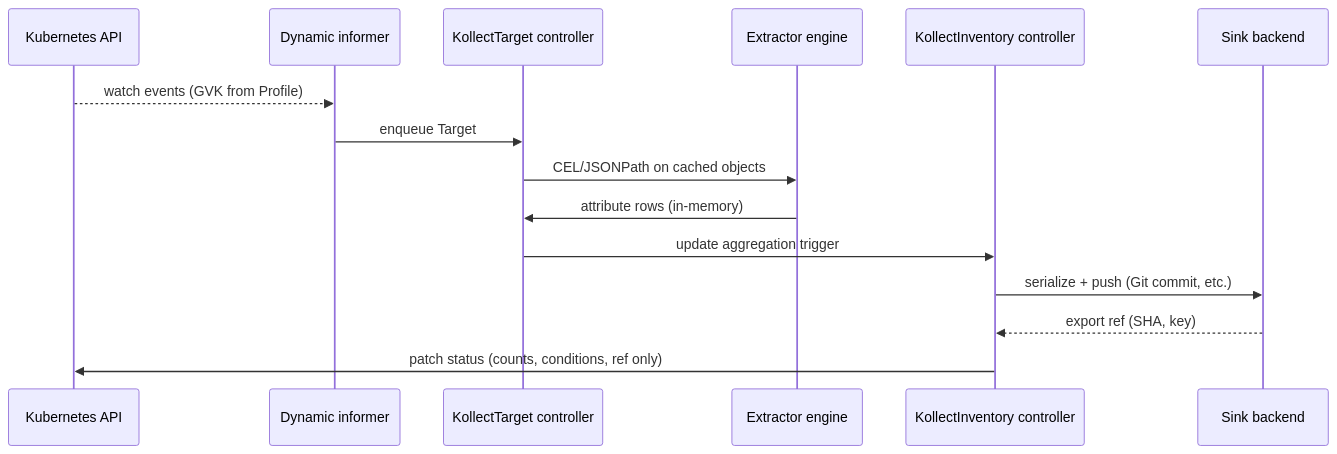
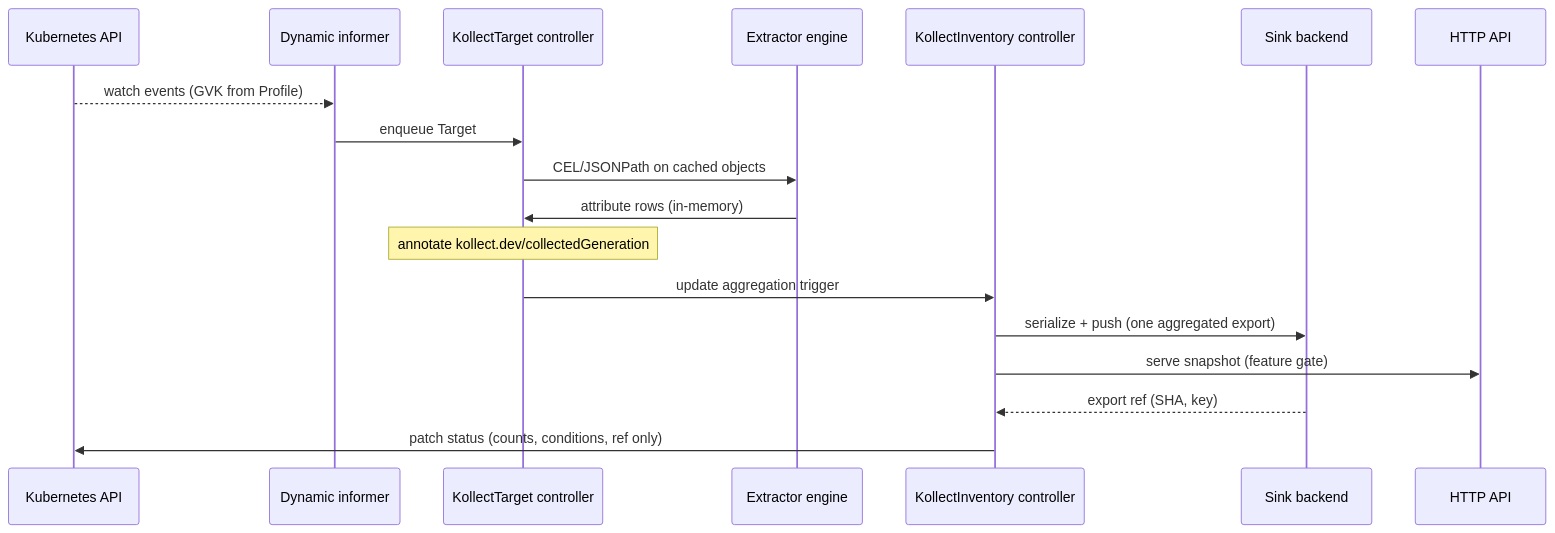
Before and after one commit to konih/kollect: the second of 5 diagrams in docs/ARCHITECTURE.md, drawn with Mermaid. The commit also changed other lines of this file and 9 other files, not shown here.

````diff
--- a/docs/ARCHITECTURE.md
+++ b/docs/ARCHITECTURE.md
@@ -59,18 +62,21 @@
 ```mermaid
 sequenceDiagram
   participant API as Kubernetes API
   participant Inf as Dynamic informer
   participant Tgt as KollectTarget controller
   participant Eng as Extractor engine
   participant Inv as KollectInventory controller
   participant Sink as Sink backend
+  participant HTTP as HTTP API
 
   API-->>Inf: watch events (GVK from Profile)
   Inf->>Tgt: enqueue Target
   Tgt->>Eng: CEL/JSONPath on cached objects
   Eng->>Tgt: attribute rows (in-memory)
+  Note over Tgt: annotate kollect.dev/collectedGeneration
   Tgt->>Inv: update aggregation trigger
-  Inv->>Sink: serialize + push (Git commit, etc.)
+  Inv->>Sink: serialize + push (one aggregated export)
+  Inv->>HTTP: serve snapshot (feature gate)
   Sink-->>Inv: export ref (SHA, key)
   Inv->>API: patch status (counts, conditions, ref only)
 ```
````
